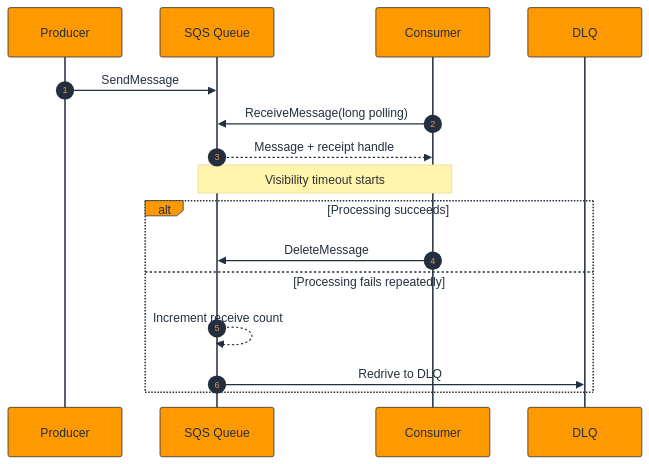
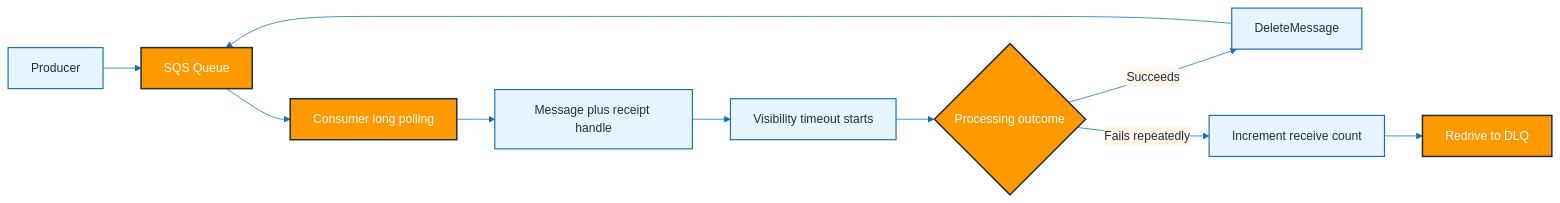
The fifth of 29 diagrams in DataPipeline/README.md (ShasidharReddy/AWS-Cloud-Engineer), drawn with Mermaid before and after one commit. The commit also changed other lines of this file and 14 other files, not shown here.

Commit message:
fix: resolve Mermaid rendering errors and add official AWS documentation links (#4)

````diff
--- a/DataPipeline/README.md
+++ b/DataPipeline/README.md
@@ -284,19 +284,17 @@
 ```mermaid
 %%{init: {"theme":"base","themeVariables":{"primaryColor":"#FF9900","primaryTextColor":"#232F3E","primaryBorderColor":"#232F3E","lineColor":"#146EB4","secondaryColor":"#FFF5E6","tertiaryColor":"#E8F4FD","fontFamily":"Arial"}}}%%
-sequenceDiagram
-  autonumber
-  participant P as Producer
-  participant Q as SQS Queue
-  participant C as Consumer
-  participant D as DLQ
-  P->>Q: SendMessage
-  C->>Q: ReceiveMessage(long polling)
-  Q-->>C: Message + receipt handle
-  Note over Q,C: Visibility timeout starts
-  alt Processing succeeds
-    C->>Q: DeleteMessage
-  else Processing fails repeatedly
-    Q-->>Q: Increment receive count
-    Q->>D: Redrive to DLQ
-  end
+flowchart LR
+  Producer[Producer] --> Queue[SQS Queue]
+  Queue --> Consumer[Consumer long polling]
+  Consumer --> Receipt[Message plus receipt handle]
+  Receipt --> Visibility[Visibility timeout starts]
+  Visibility --> Outcome{Processing outcome}
+  Outcome -->|Succeeds| Delete[DeleteMessage]
+  Delete --> Queue
+  Outcome -->|Fails repeatedly| Retries[Increment receive count]
+  Retries --> DLQ[Redrive to DLQ]
+  classDef aws fill:#FF9900,stroke:#232F3E,color:#FFFFFF,stroke-width:2px;
+  classDef data fill:#E8F4FD,stroke:#146EB4,color:#232F3E,stroke-width:1.5px;
+  class Queue,Consumer,DLQ,Outcome aws;
+  class Producer,Receipt,Visibility,Delete,Retries data;
 ```
````
